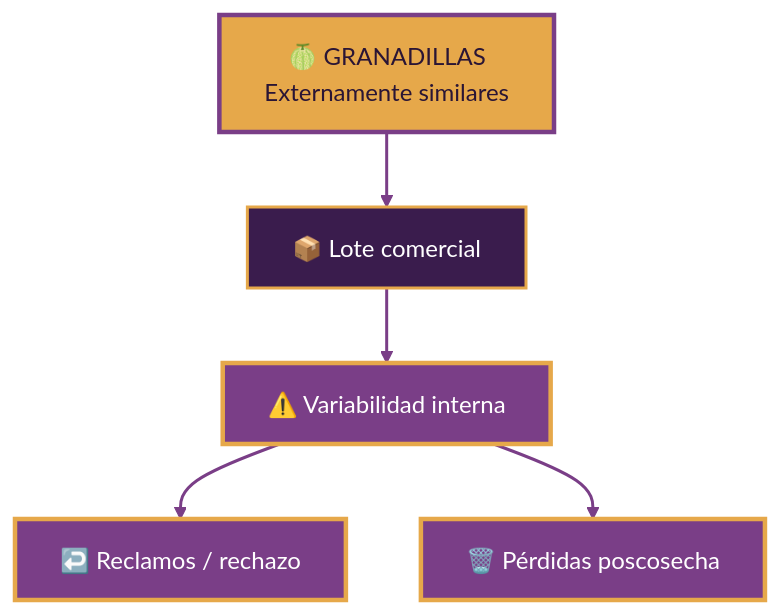
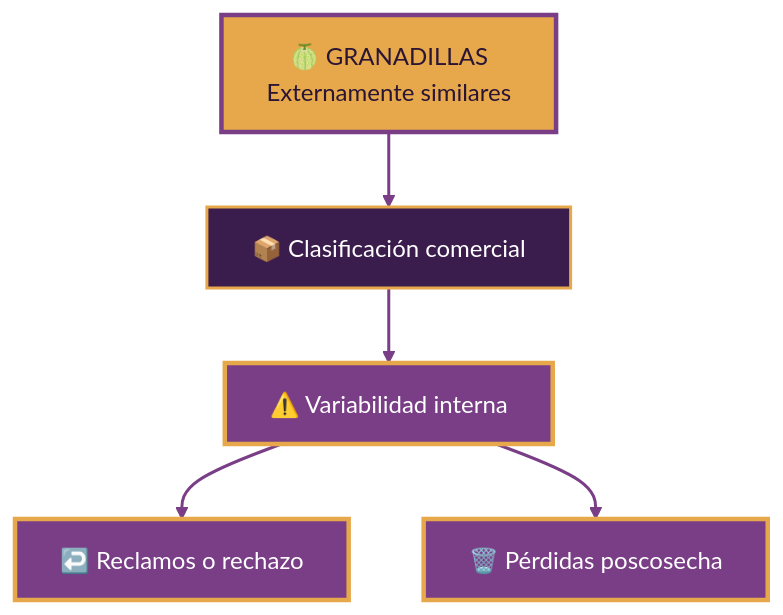
The first of 3 diagrams in README.md (Cesarapcho/PI_Equipo_03), drawn with Mermaid before and after one commit. The commit also changed other lines of this file, not shown here.

````diff
--- a/README.md
+++ b/README.md
@@ -188,20 +185,20 @@
 ```mermaid
 flowchart TB
     G["🍈 GRANADILLAS<br/>Externamente similares"]:::fruit
 
-    C1["📦 Lote comercial"]:::process
+    C1["📦 Clasificación comercial"]:::process
     C2["⚠️ Variabilidad interna"]:::alert
-    C3["↩️ Reclamos / rechazo"]:::alert
+    C3["↩️ Reclamos o rechazo"]:::alert
     C4["🗑️ Pérdidas poscosecha"]:::alert
 
     G --> C1
     C1 --> C2
     C2 --> C3
     C2 --> C4
 
     classDef fruit fill:#E6A84A,color:#2A1535,stroke:#7A3E87,stroke-width:3px;
     classDef process fill:#3A1C4D,color:#FFFFFF,stroke:#E6A84A,stroke-width:2px;
     classDef alert fill:#7A3E87,color:#FFFFFF,stroke:#E6A84A,stroke-width:3px;
 
     linkStyle default stroke:#7A3E87,stroke-width:2px;
 ```
````
